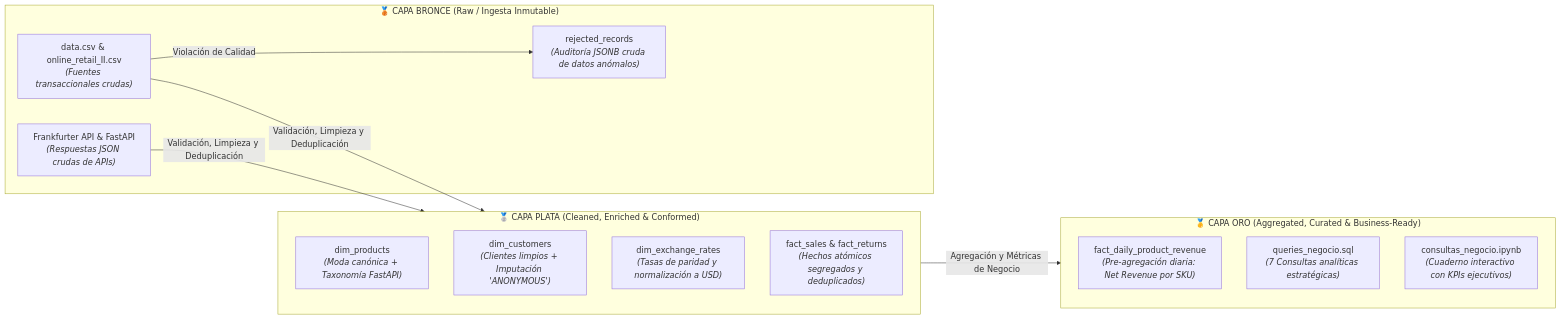
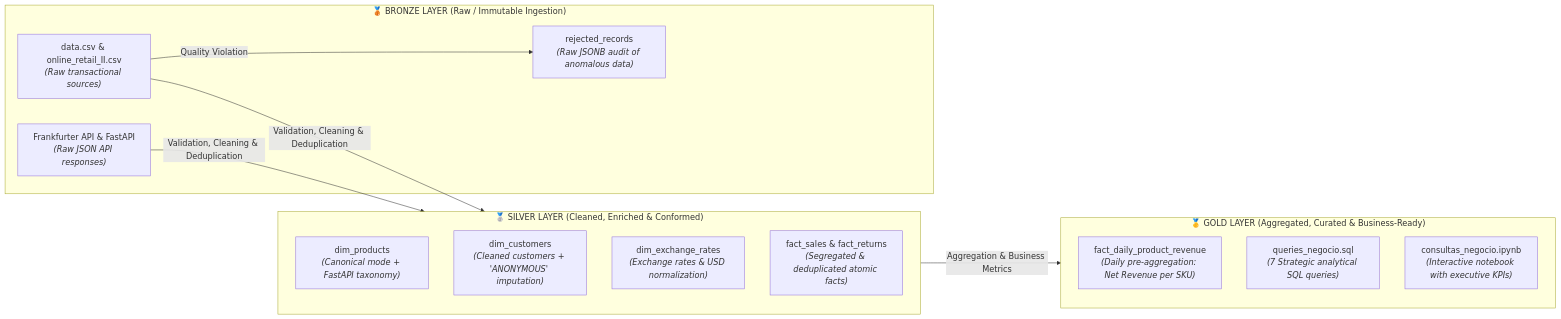
One commit to JayzirTech/datamart-analytics-etl-pipeline changed the second of 4 diagrams in README.md. Above: the diagram before and after it, drawn with Mermaid. The commit also changed other lines of this file and 3 other files, not shown here.

````diff
--- a/README.md
+++ b/README.md
@@ -61,25 +63,25 @@
 ```mermaid
 graph LR
-    subgraph BRONZE["🥉 CAPA BRONCE (Raw / Ingesta Inmutable)"]
-        B1["data.csv & online_retail_II.csv<br/><i>(Fuentes transaccionales crudas)</i>"]
-        B2["Frankfurter API & FastAPI<br/><i>(Respuestas JSON crudas de APIs)</i>"]
-        B3["rejected_records<br/><i>(Auditoría JSONB cruda de datos anómalos)</i>"]
+    subgraph BRONZE["🥉 BRONZE LAYER (Raw / Immutable Ingestion)"]
+        B1["data.csv & online_retail_II.csv<br/><i>(Raw transactional sources)</i>"]
+        B2["Frankfurter API & FastAPI<br/><i>(Raw JSON API responses)</i>"]
+        B3["rejected_records<br/><i>(Raw JSONB audit of anomalous data)</i>"]
     end
 
-    subgraph SILVER["🥈 CAPA PLATA (Cleaned, Enriched & Conformed)"]
-        S1["dim_products<br/><i>(Moda canónica + Taxonomía FastAPI)</i>"]
-        S2["dim_customers<br/><i>(Clientes limpios + Imputación 'ANONYMOUS')</i>"]
-        S3["dim_exchange_rates<br/><i>(Tasas de paridad y normalización a USD)</i>"]
-        S4["fact_sales & fact_returns<br/><i>(Hechos atómicos segregados y deduplicados)</i>"]
+    subgraph SILVER["🥈 SILVER LAYER (Cleaned, Enriched & Conformed)"]
+        S1["dim_products<br/><i>(Canonical mode + FastAPI taxonomy)</i>"]
+        S2["dim_customers<br/><i>(Cleaned customers + 'ANONYMOUS' imputation)</i>"]
+        S3["dim_exchange_rates<br/><i>(Exchange rates & USD normalization)</i>"]
+        S4["fact_sales & fact_returns<br/><i>(Segregated & deduplicated atomic facts)</i>"]
     end
 
-    subgraph GOLD["🥇 CAPA ORO (Aggregated, Curated & Business-Ready)"]
-        G1["fact_daily_product_revenue<br/><i>(Pre-agregación diaria: Net Revenue por SKU)</i>"]
-        G2["queries_negocio.sql<br/><i>(7 Consultas analíticas estratégicas)</i>"]
-        G3["consultas_negocio.ipynb<br/><i>(Cuaderno interactivo con KPIs ejecutivos)</i>"]
+    subgraph GOLD["🥇 GOLD LAYER (Aggregated, Curated & Business-Ready)"]
+        G1["fact_daily_product_revenue<br/><i>(Daily pre-aggregation: Net Revenue per SKU)</i>"]
+        G2["queries_negocio.sql<br/><i>(7 Strategic analytical SQL queries)</i>"]
+        G3["consultas_negocio.ipynb<br/><i>(Interactive notebook with executive KPIs)</i>"]
     end
 
-    B1 & B2 -->|Validación, Limpieza y Deduplicación| SILVER
-    B1 -->|Violación de Calidad| B3
-    SILVER -->|Agregación y Métricas de Negocio| GOLD
+    B1 & B2 -->|Validation, Cleaning & Deduplication| SILVER
+    B1 -->|Quality Violation| B3
+    SILVER -->|Aggregation & Business Metrics| GOLD
 ```
````
